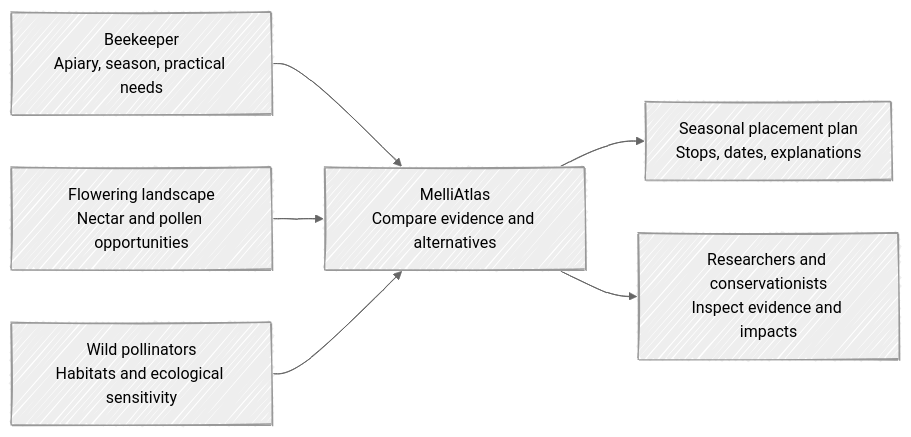
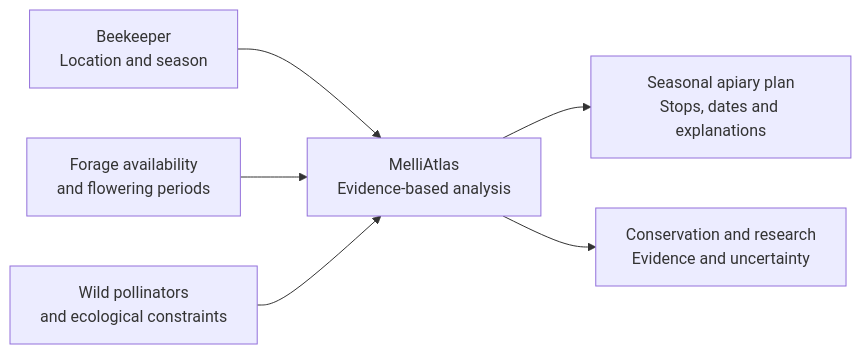
One commit to PermieGeo/melliatlas changed the first of 2 diagrams in README.md. Above: the diagram before and after it, drawn with Mermaid. The commit also changed other lines of this file and 1 other file, not shown here.

````diff
--- a/README.md
+++ b/README.md
@@ -11,16 +19,8 @@
 ```mermaid
-%%{init: {"look": "handDrawn", "theme": "neutral"}}%%
 flowchart LR
-    B["Beekeeper<br/>Apiary, season, practical needs"]
-    F["Flowering landscape<br/>Nectar and pollen opportunities"]
-    W["Wild pollinators<br/>Habitats and ecological sensitivity"]
-    E["MelliAtlas<br/>Compare evidence and alternatives"]
-    P["Seasonal placement plan<br/>Stops, dates, explanations"]
-    R["Researchers and conservationists<br/>Inspect evidence and impacts"]
-
-    B --> E
-    F --> E
-    W --> E
-    E --> P
-    E --> R
+    B["Beekeeper<br/>Location and season"] --> M["MelliAtlas<br/>Evidence-based analysis"]
+    F["Forage availability<br/>and flowering periods"] --> M
+    E["Wild pollinators<br/>and ecological constraints"] --> M
+    M --> P["Seasonal apiary plan<br/>Stops, dates and explanations"]
+    M --> R["Conservation and research<br/>Evidence and uncertainty"]
 ```
````
